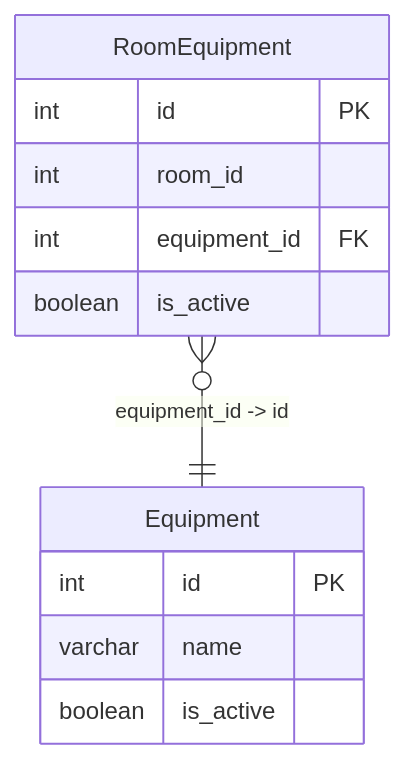
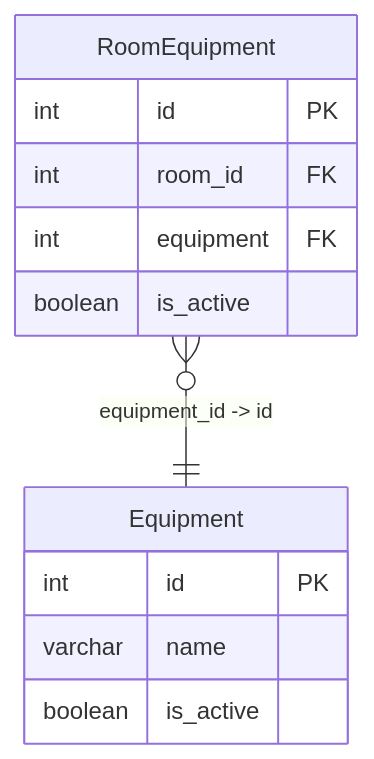
The diagram in S18/doc.md (YuriSilenok/KPK_UP2_23-2P9), drawn with Mermaid before and after one commit. The commit also changed other lines of this file, not shown here.

````diff
--- a/S18/doc.md
+++ b/S18/doc.md
@@ -89,17 +91,17 @@
 ```mermaid
 erDiagram
     Equipment {
         int id PK
         varchar name
         boolean is_active
     }
 
     RoomEquipment {
         int id PK
-        int room_id
-        int equipment_id FK
+        int room_id FK
+        int equipment FK
         boolean is_active
     }
 
     RoomEquipment }o--|| Equipment : "equipment_id -> id"
 ```
````
